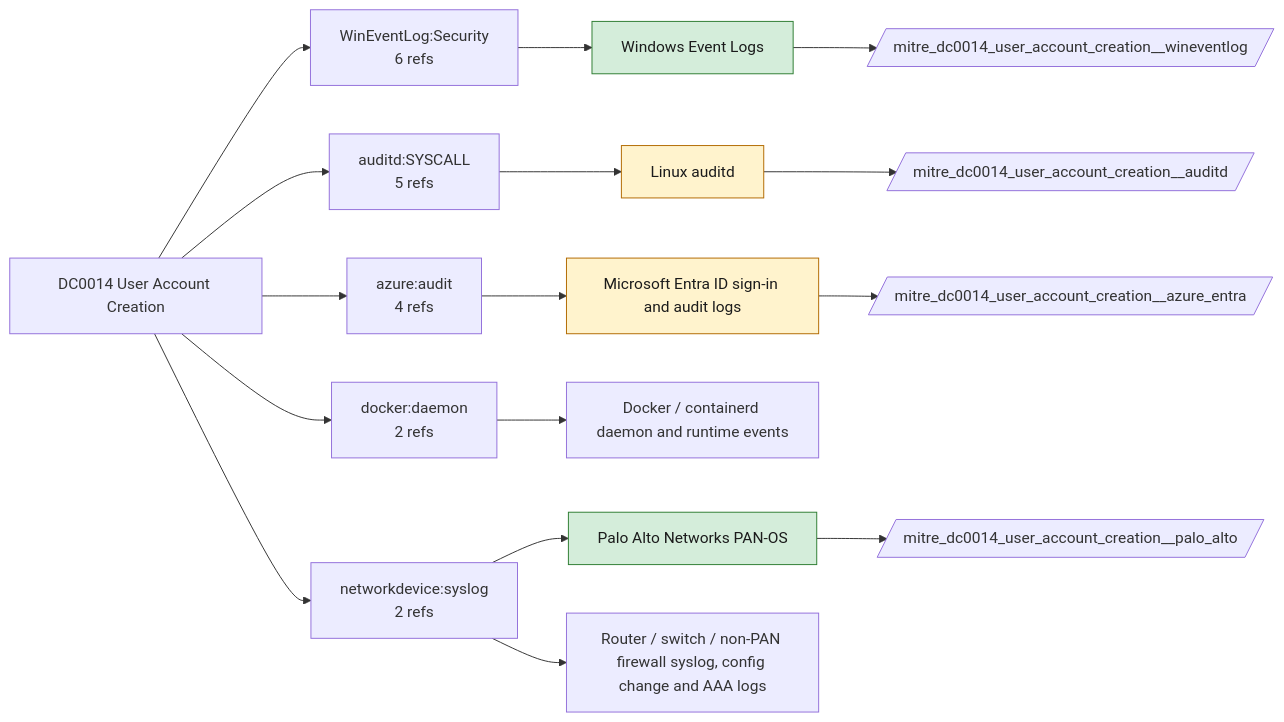
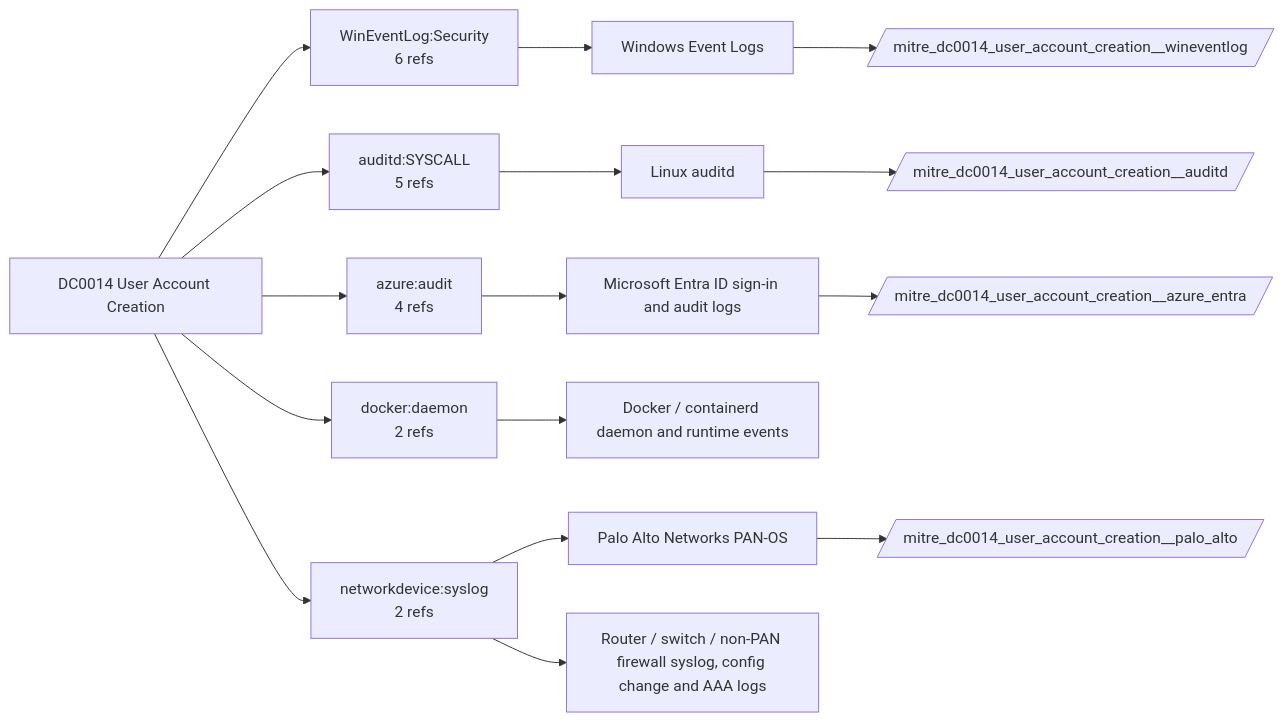
One commit to dev-nobytes-io/mitre-defensive-mappings-spl changed the diagram in docs/data-components/DC0014-user-account-creation.md. Above: the diagram before and after it, drawn with Mermaid. The commit also changed other lines of this file and 366 other files, not shown here.

````diff
--- a/docs/data-components/DC0014-user-account-creation.md
+++ b/docs/data-components/DC0014-user-account-creation.md
@@ -19,31 +19,25 @@
 ```mermaid
 flowchart LR
   DC["DC0014 User Account Creation"]
   DC --> LS0["WinEventLog:Security<br/>6 refs"]
   F_wineventlog["Windows Event Logs"]
   LS0 --> F_wineventlog
   DC --> LS1["auditd:SYSCALL<br/>5 refs"]
   F_auditd["Linux auditd"]
   LS1 --> F_auditd
   DC --> LS2["azure:audit<br/>4 refs"]
   F_azure_entra["Microsoft Entra ID sign-in and audit logs"]
   LS2 --> F_azure_entra
   DC --> LS3["docker:daemon<br/>2 refs"]
   F_container_runtime["Docker / containerd daemon and runtime events"]
   LS3 --> F_container_runtime
   DC --> LS4["networkdevice:syslog<br/>2 refs"]
   F_palo_alto["Palo Alto Networks PAN-OS"]
   LS4 --> F_palo_alto
   F_netdev_syslog["Router / switch / non-PAN firewall syslog, config change and AAA logs"]
   LS4 --> F_netdev_syslog
+  F_auditd --> ET_auditd[/"mitre_dc0014_user_account_creation__auditd"/]
+  F_azure_entra --> ET_azure_entra[/"mitre_dc0014_user_account_creation__azure_entra"/]
   F_palo_alto --> ET_palo_alto[/"mitre_dc0014_user_account_creation__palo_alto"/]
-  class F_palo_alto live
   F_wineventlog --> ET_wineventlog[/"mitre_dc0014_user_account_creation__wineventlog"/]
-  class F_wineventlog live
-  F_auditd --> ET_auditd[/"mitre_dc0014_user_account_creation__auditd"/]
-  class F_auditd ready
-  F_azure_entra --> ET_azure_entra[/"mitre_dc0014_user_account_creation__azure_entra"/]
-  class F_azure_entra ready
-  classDef live fill:#d4edda,stroke:#2e7d32,color:#1b1b1b
-  classDef ready fill:#fff3cd,stroke:#b26a00,color:#1b1b1b
 ```
````
